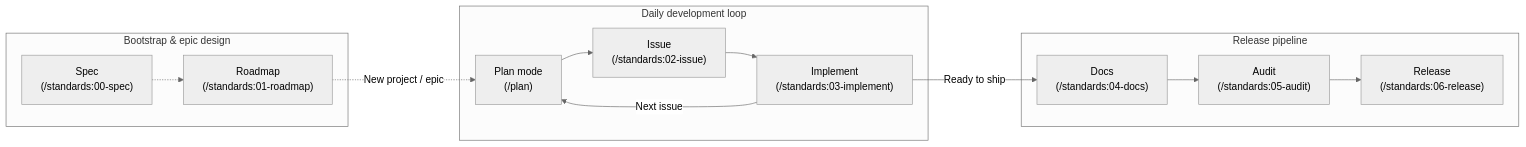
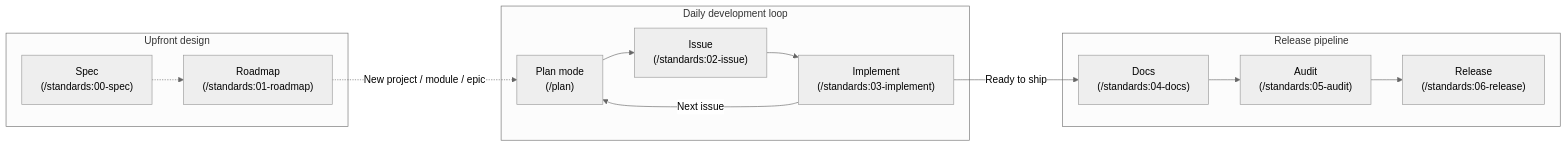
Before and after one commit to bvarnai/agy-standards: the diagram in README.md, drawn with Mermaid (neutral theme). The commit also changed other lines of this file and 6 other files, not shown here.

Commit message:
docs(skills): unify upfront design and new project phrasing

````diff
--- a/README.md
+++ b/README.md
@@ -28,18 +28,18 @@
 ```mermaid
 flowchart LR
-    subgraph Upfront ["Bootstrap & epic design"]
+    subgraph Upfront ["Upfront design"]
         Spec["Spec<br/>(/standards:00-spec)"] -.-> Roadmap["Roadmap<br/>(/standards:01-roadmap)"]
     end
 
     subgraph Daily ["Daily development loop"]
         Plan["Plan mode<br/>(/plan)"] --> Issue["Issue<br/>(/standards:02-issue)"] --> Code["Implement<br/>(/standards:03-implement)"]
     end
 
     subgraph Ship ["Release pipeline"]
         Docs["Docs<br/>(/standards:04-docs)"] --> Audit["Audit<br/>(/standards:05-audit)"] --> Release["Release<br/>(/standards:06-release)"]
     end
 
-    Roadmap -.->|"New project / epic"| Plan
+    Roadmap -.->|"New project / module / epic"| Plan
     Code -->|"Next issue"| Plan
     Code -->|"Ready to ship"| Docs
 ```
````
